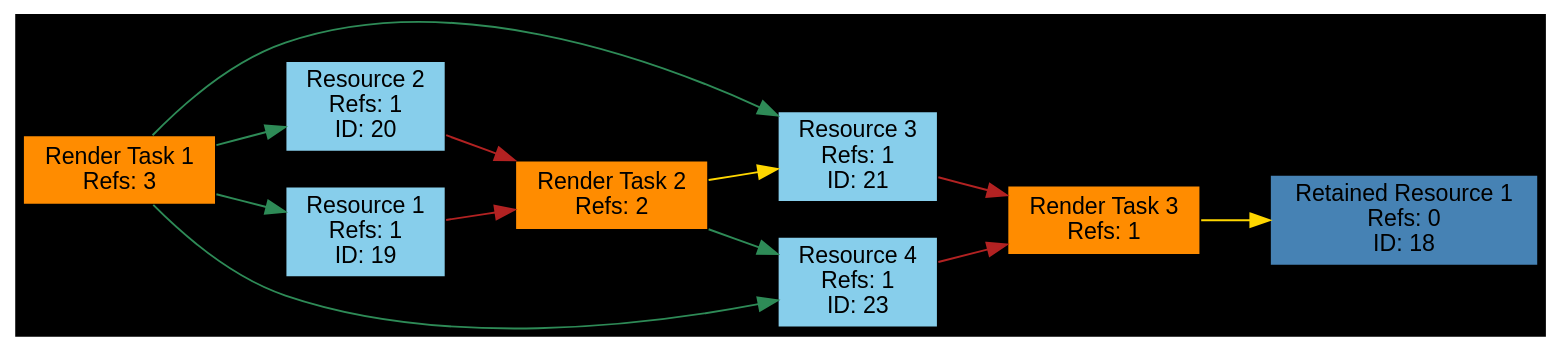
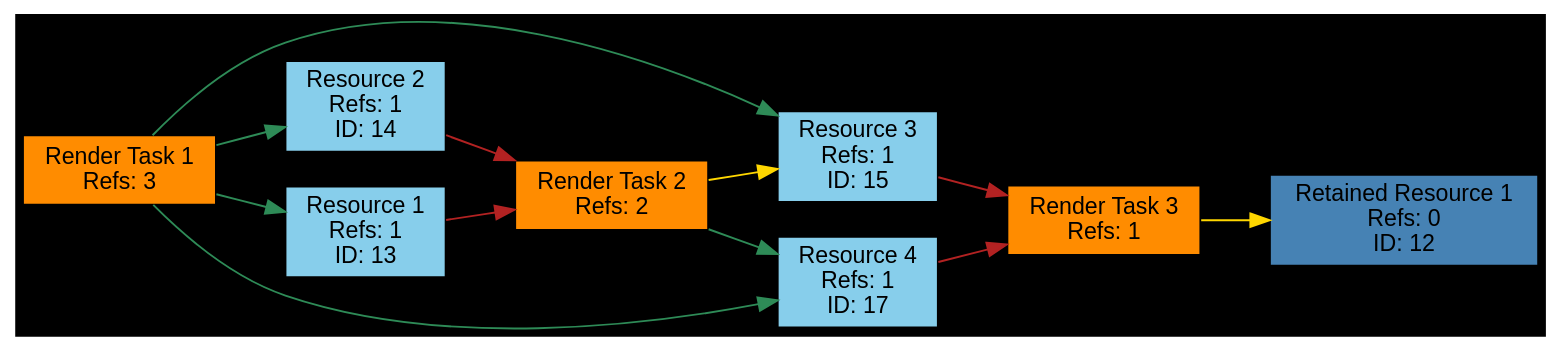
Before and after one commit to ifeuille/DoomSRP: the diagram in DoomSRP2019/framegraph.gv, drawn with Graphviz. The commit also changed 24 other files, not shown here.

```diff
--- a/DoomSRP2019/framegraph.gv
+++ b/DoomSRP2019/framegraph.gv
@@ -1,83 +1,83 @@
 digraph framegraph 
 {
 
 rankdir = LR
 
 bgcolor = black
 
 
 node [shape=rectangle, fontname="helvetica", fontsize=12]
 
 
 "Render Task 1" [label="Render Task 1\nRefs: 3", style=filled, fillcolor=darkorange]
 
 "Render Task 2" [label="Render Task 2\nRefs: 2", style=filled, fillcolor=darkorange]
 
 "Render Task 3" [label="Render Task 3\nRefs: 1", style=filled, fillcolor=darkorange]
 
 
 
-"Retained Resource 1" [label="Retained Resource 1\nRefs: 0\nID: 18", style=filled, fillcolor= steelblue]
+"Retained Resource 1" [label="Retained Resource 1\nRefs: 0\nID: 12", style=filled, fillcolor= steelblue]
 
-"Resource 1" [label="Resource 1\nRefs: 1\nID: 19", style=filled, fillcolor= skyblue]
+"Resource 1" [label="Resource 1\nRefs: 1\nID: 13", style=filled, fillcolor= skyblue]
 
-"Resource 2" [label="Resource 2\nRefs: 1\nID: 20", style=filled, fillcolor= skyblue]
+"Resource 2" [label="Resource 2\nRefs: 1\nID: 14", style=filled, fillcolor= skyblue]
 
-"Resource 3" [label="Resource 3\nRefs: 1\nID: 21", style=filled, fillcolor= skyblue]
+"Resource 3" [label="Resource 3\nRefs: 1\nID: 15", style=filled, fillcolor= skyblue]
 
-"Resource 4" [label="Resource 4\nRefs: 0\nID: 22", style=filled, fillcolor= skyblue]
+"Resource 4" [label="Resource 4\nRefs: 0\nID: 16", style=filled, fillcolor= skyblue]
 
-"Resource 4" [label="Resource 4\nRefs: 1\nID: 23", style=filled, fillcolor= skyblue]
+"Resource 4" [label="Resource 4\nRefs: 1\nID: 17", style=filled, fillcolor= skyblue]
 
 
 
 "Render Task 1" -> { 
 "Resource 1" 
 "Resource 2" 
 "Resource 3" 
 "Resource 4" 
 } [color=seagreen]
 
 "Render Task 1" -> { 
 } [color=gold]
 
 "Render Task 2" -> { 
 "Resource 4" 
 } [color=seagreen]
 
 "Render Task 2" -> { 
 "Resource 3" 
 } [color=gold]
 
 "Render Task 3" -> { 
 } [color=seagreen]
 
 "Render Task 3" -> { 
 "Retained Resource 1" 
 } [color=gold]
 
 
 
 "Retained Resource 1" -> { 
 } [color=firebrick]
 
 "Resource 1" -> { 
 "Render Task 2" 
 } [color=firebrick]
 
 "Resource 2" -> { 
 "Render Task 2" 
 } [color=firebrick]
 
 "Resource 3" -> { 
 "Render Task 3" 
 } [color=firebrick]
 
 "Resource 4" -> { 
 } [color=firebrick]
 
 "Resource 4" -> { 
 "Render Task 3" 
 } [color=firebrick]
 
 }
```
